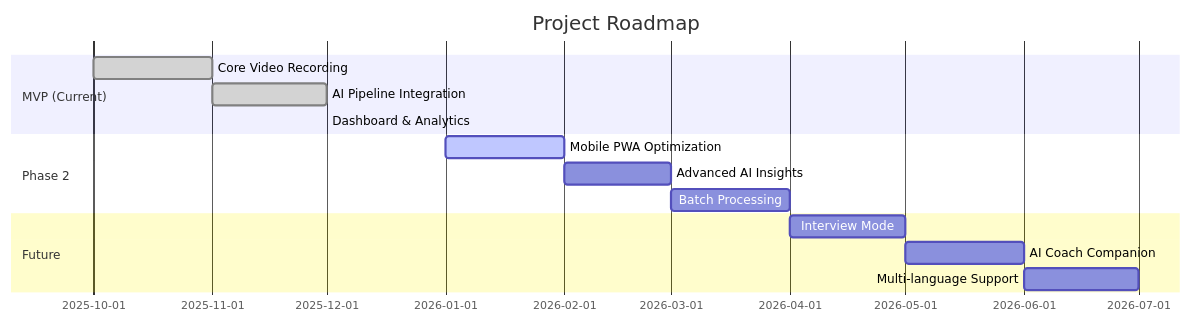
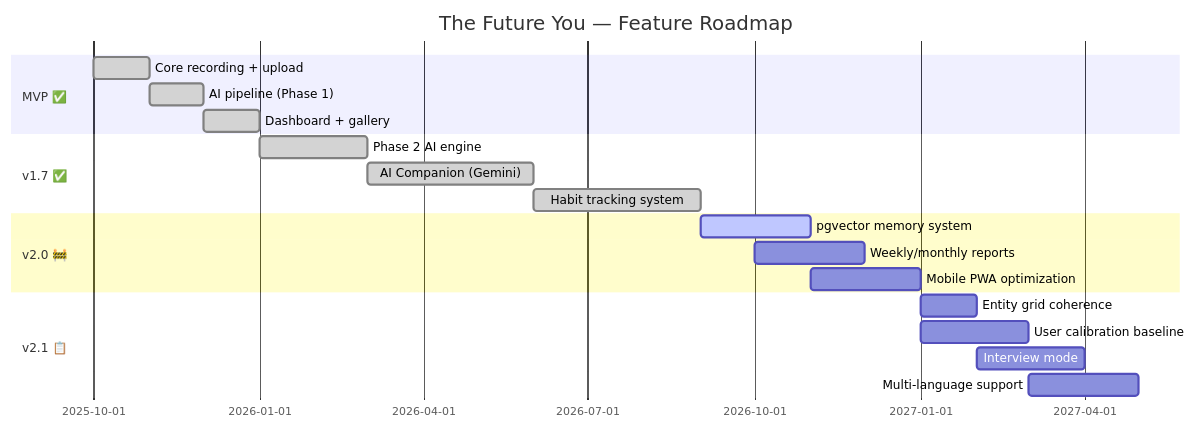
One commit to yashmagar01/The-Future-You changed diagram 18 of 18 in README.md. Above: the diagram before and after it, drawn with Mermaid. The commit also changed other lines of this file and 4 other files, not shown here.

Commit message:
docs: update project version and scorecard, and add detailed documentation for memory system, roadmap, and quick start guide

````diff
--- a/README.md
+++ b/README.md
@@ -1056,17 +1183,22 @@
 ```mermaid
 gantt
-    title Project Roadmap
-    dateFormat  YYYY-MM
-    section MVP (Current)
-    Core Video Recording     :done, 2025-10, 2025-11
-    AI Pipeline Integration  :done, 2025-11, 2025-12
-    Dashboard & Analytics    :done, 2025-12, 2025-12
-    section Phase 2
-    Mobile PWA Optimization  :active, 2026-01, 2026-02
-    Advanced AI Insights     :2026-02, 2026-03
-    Batch Processing         :2026-03, 2026-04
-    section Future
-    Interview Mode           :2026-04, 2026-05
-    AI Coach Companion       :2026-05, 2026-06
-    Multi-language Support   :2026-06, 2026-07
+    title The Future You — Feature Roadmap
+    dateFormat YYYY-MM
+    section MVP ✅
+    Core recording + upload     :done, 2025-10, 2025-11
+    AI pipeline (Phase 1)       :done, 2025-11, 2025-12
+    Dashboard + gallery         :done, 2025-12, 2026-01
+    section v1.7 ✅
+    Phase 2 AI engine           :done, 2026-01, 2026-03
+    AI Companion (Gemini)       :done, 2026-03, 2026-06
+    Habit tracking system       :done, 2026-06, 2026-09
+    section v2.0 🚧
+    pgvector memory system      :active, 2026-09, 2026-11
+    Weekly/monthly reports      :2026-10, 2026-12
+    Mobile PWA optimization     :2026-11, 2027-01
+    section v2.1 📋
+    Entity grid coherence       :2027-01, 2027-02
+    User calibration baseline   :2027-01, 2027-03
+    Interview mode              :2027-02, 2027-04
+    Multi-language support      :2027-03, 2027-05
 ```
````
